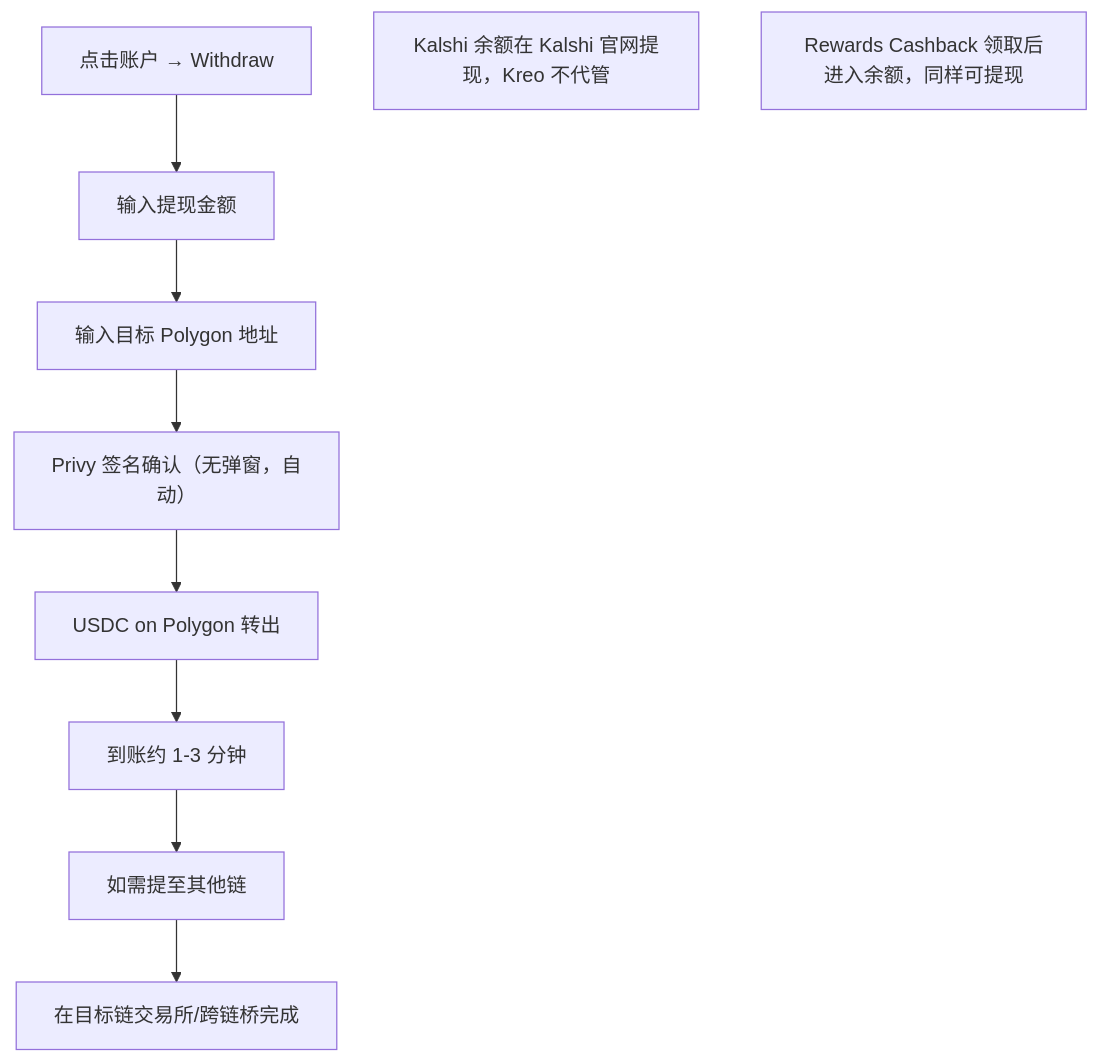
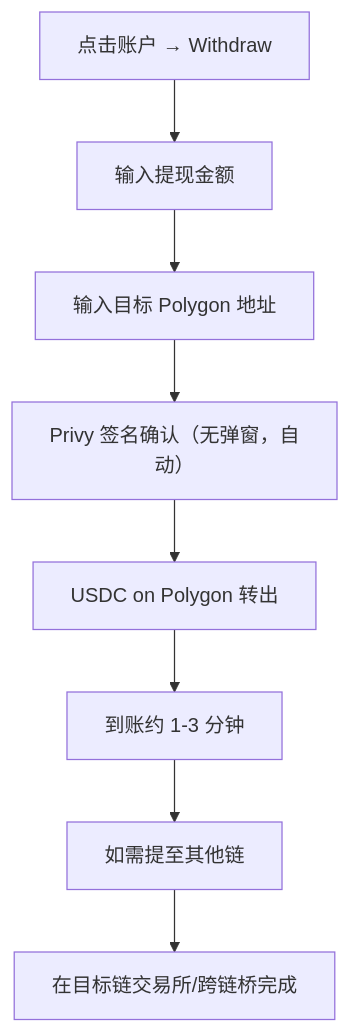
The seventh of 17 diagrams in research/07_kreo/analysis.md (survivorff/polymarket_research), drawn with Mermaid before and after one commit. The commit also changed other lines of this file and 11 other files, not shown here.

First line of the commit message:
修复所有 Mermaid 语法错误，确保流程图可正常渲染

````diff
--- a/research/07_kreo/analysis.md
+++ b/research/07_kreo/analysis.md
@@ -189,12 +189,12 @@
 ```mermaid
 flowchart TD
     A[点击账户 → Withdraw] --> B[输入提现金额]
     B --> C[输入目标 Polygon 地址]
     C --> D[Privy 签名确认（无弹窗，自动）]
     D --> E[USDC on Polygon 转出]
     E --> F[到账约 1-3 分钟]
     F --> G[如需提至其他链]
     G --> H[在目标链交易所/跨链桥完成]
-    note1[Kalshi 余额在 Kalshi 官网提现，Kreo 不代管]
-    note2[Rewards Cashback 领取后进入余额，同样可提现]
+    %% 注: Kalshi 余额在 Kalshi 官网提现，Kreo 不代管
+    %% 注: Rewards Cashback 领取后进入余额，同样可提现
 ```
````
